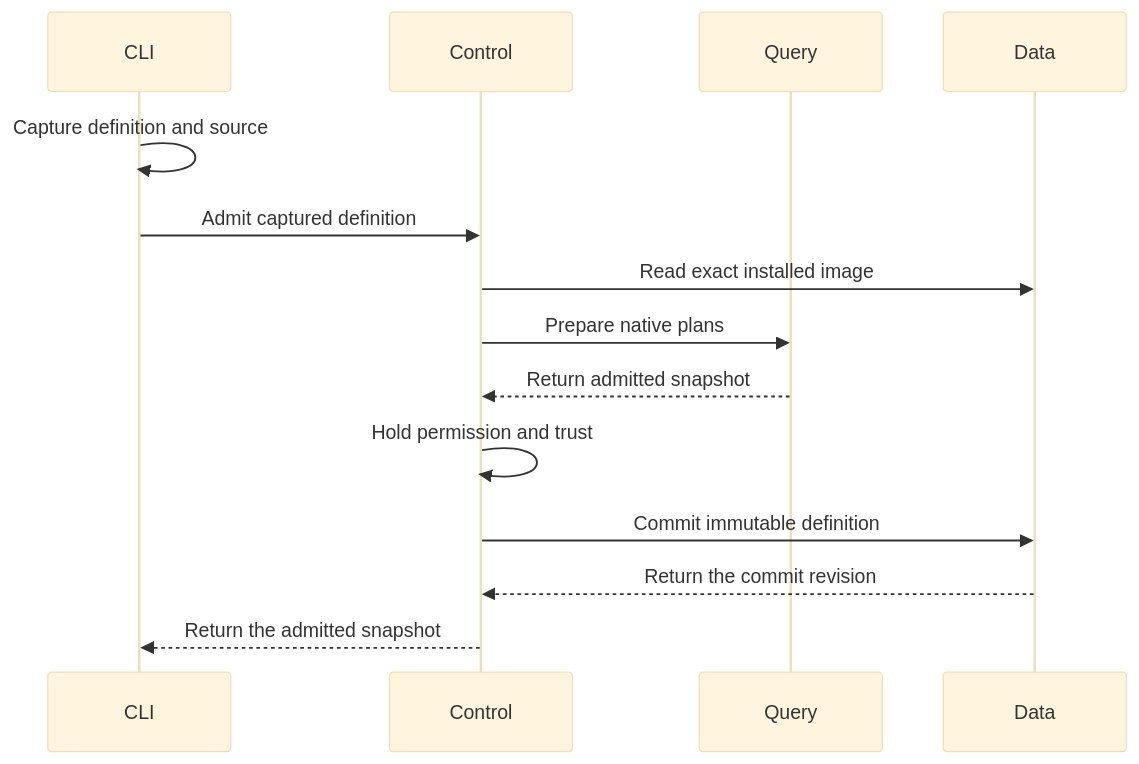
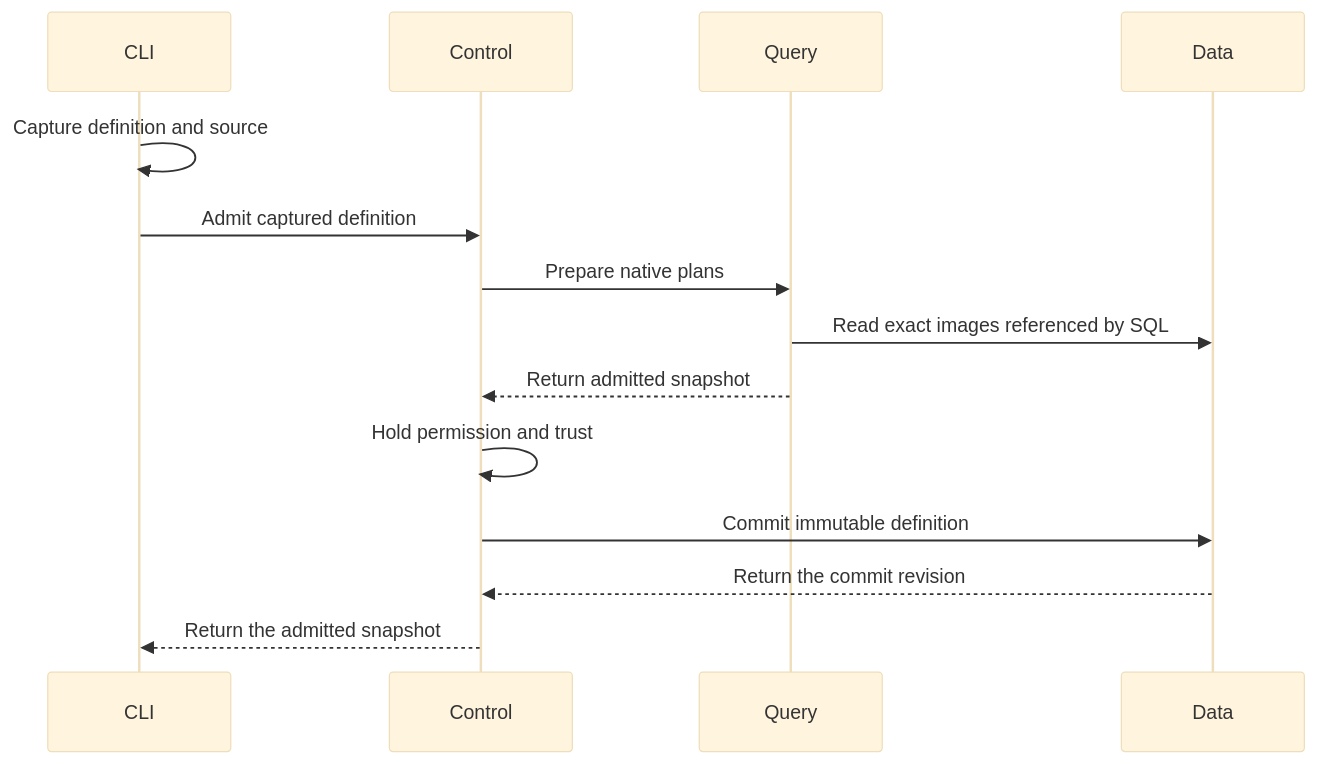
The diagram in docs/guides/araphor-discovery-definition-review.md (Ereborlabs/erebor-runtime), drawn with Mermaid (base theme) before and after one commit. The commit also changed other lines of this file and 19 other files, not shown here.

````diff
--- a/docs/guides/araphor-discovery-definition-review.md
+++ b/docs/guides/araphor-discovery-definition-review.md
@@ -79,16 +93,16 @@
 ```mermaid
 sequenceDiagram
     participant CLI
     participant Control
     participant Query
     participant Data
     CLI->>CLI: Capture definition and source
     CLI->>Control: Admit captured definition
-    Control->>Data: Read exact installed image
     Control->>Query: Prepare native plans
+    Query->>Data: Read exact images referenced by SQL
     Query-->>Control: Return admitted snapshot
     Control->>Control: Hold permission and trust
     Control->>Data: Commit immutable definition
     Data-->>Control: Return the commit revision
     Control-->>CLI: Return the admitted snapshot
 ```
````
